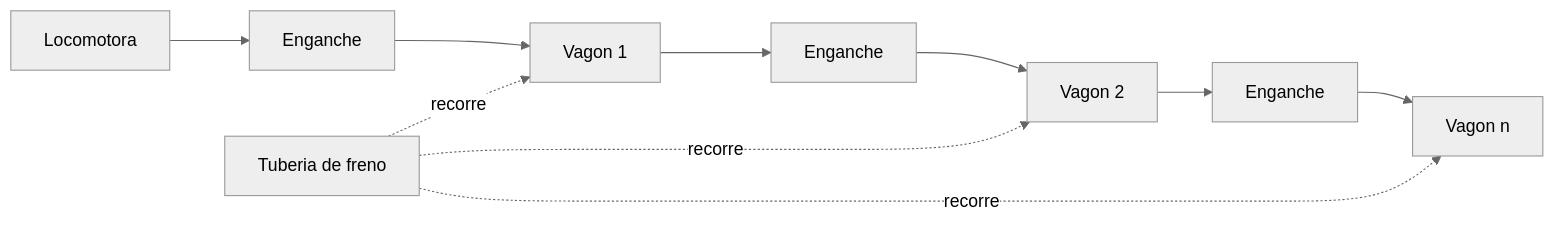
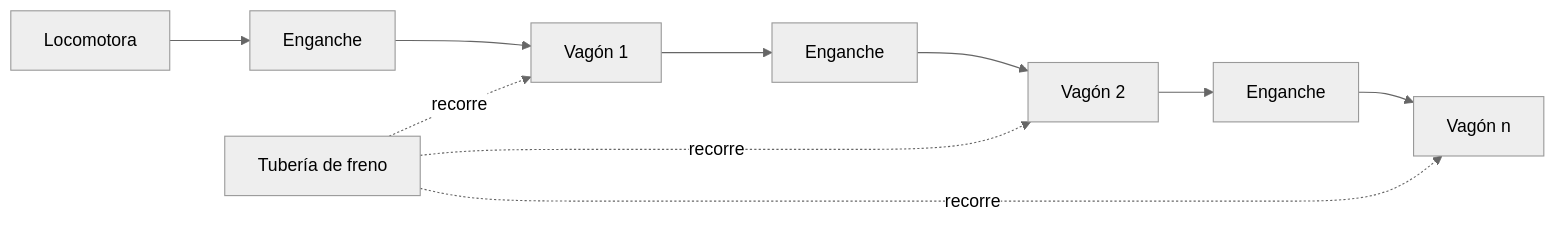
Before and after one commit to vladimiracunadev-create/machine-operator-program: the fourth of 4 diagrams in vehiculos/tren-carga/operacion/sistemas-mecanicos-tren-carga.md, drawn with Mermaid (neutral theme). The commit also changed other lines of this file and 442 other files, not shown here.

````diff
--- a/vehiculos/tren-carga/operacion/sistemas-mecanicos-tren-carga.md
+++ b/vehiculos/tren-carga/operacion/sistemas-mecanicos-tren-carga.md
@@ -150,9 +150,9 @@
 ```mermaid
 flowchart LR
-    Loco[Locomotora] --> E1[Enganche] --> V1[Vagon 1]
-    V1 --> E2[Enganche] --> V2[Vagon 2]
-    V2 --> E3[Enganche] --> Vn[Vagon n]
-    Aire[Tuberia de freno] -. recorre .-> V1
+    Loco[Locomotora] --> E1[Enganche] --> V1[Vagón 1]
+    V1 --> E2[Enganche] --> V2[Vagón 2]
+    V2 --> E3[Enganche] --> Vn[Vagón n]
+    Aire[Tubería de freno] -. recorre .-> V1
     Aire -. recorre .-> V2
     Aire -. recorre .-> Vn
 ```
````
